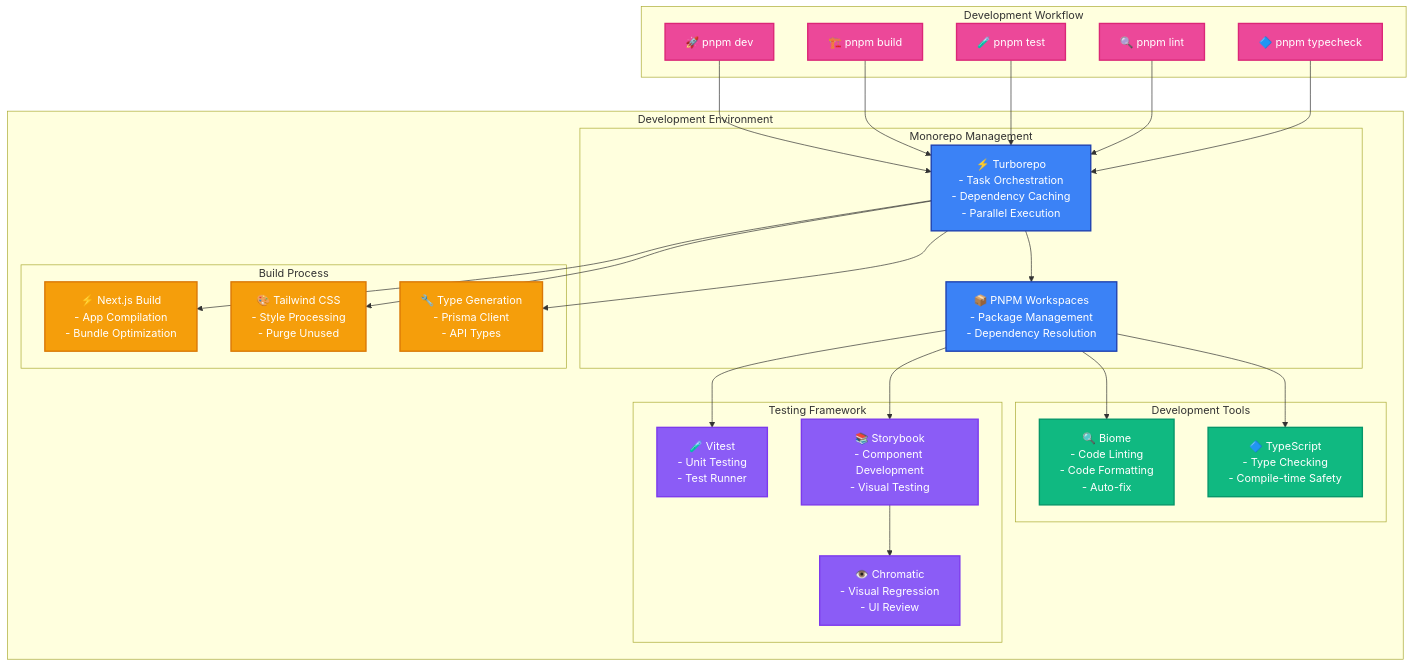
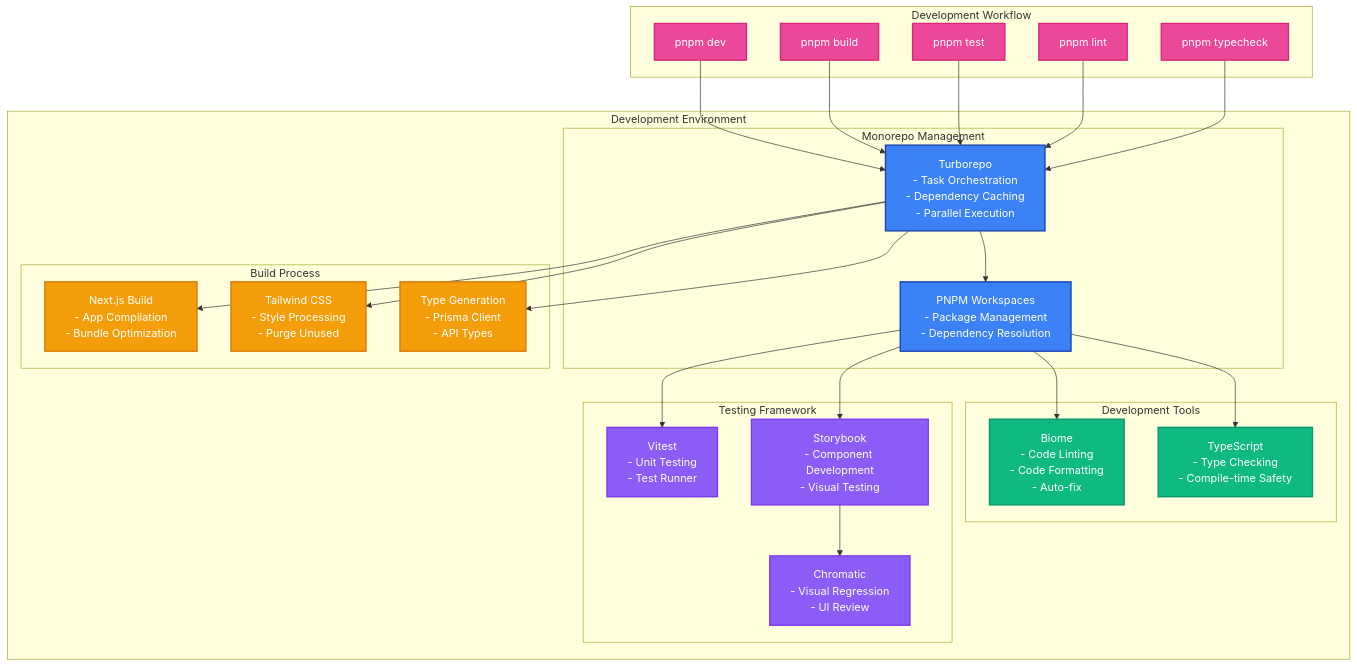
Before and after one commit to k2bg-technology/k2bg-branding: the second of 2 diagrams in README.md, drawn with Mermaid. The commit also changed other lines of this file, not shown here.

````diff
--- a/README.md
+++ b/README.md
@@ -371,64 +128,64 @@
 ```mermaid
 flowchart TB
     subgraph "Development Environment"
         subgraph "Monorepo Management"
-            Turborepo["⚡ Turborepo<br/>- Task Orchestration<br/>- Dependency Caching<br/>- Parallel Execution"]
-            PNPMWorkspaces["📦 PNPM Workspaces<br/>- Package Management<br/>- Dependency Resolution"]
+            Turborepo["Turborepo<br/>- Task Orchestration<br/>- Dependency Caching<br/>- Parallel Execution"]
+            PNPMWorkspaces["PNPM Workspaces<br/>- Package Management<br/>- Dependency Resolution"]
         end
 
         subgraph "Development Tools"
-            BiomeTool["🔍 Biome<br/>- Code Linting<br/>- Code Formatting<br/>- Auto-fix"]
-            TypeScriptTool["🔷 TypeScript<br/>- Type Checking<br/>- Compile-time Safety"]
+            BiomeTool["Biome<br/>- Code Linting<br/>- Code Formatting<br/>- Auto-fix"]
+            TypeScriptTool["TypeScript<br/>- Type Checking<br/>- Compile-time Safety"]
         end
 
         subgraph "Testing Framework"
-            VitestTool["🧪 Vitest<br/>- Unit Testing<br/>- Test Runner"]
-            StorybookTool["📚 Storybook<br/>- Component Development<br/>- Visual Testing"]
-            ChromaticTool["👁️ Chromatic<br/>- Visual Regression<br/>- UI Review"]
+            VitestTool["Vitest<br/>- Unit Testing<br/>- Test Runner"]
+            StorybookTool["Storybook<br/>- Component Development<br/>- Visual Testing"]
+            ChromaticTool["Chromatic<br/>- Visual Regression<br/>- UI Review"]
         end
 
         subgraph "Build Process"
-            NextJSBuild["⚡ Next.js Build<br/>- App Compilation<br/>- Bundle Optimization"]
-            TailwindBuild["🎨 Tailwind CSS<br/>- Style Processing<br/>- Purge Unused"]
-            TypeGeneration["🔧 Type Generation<br/>- Prisma Client<br/>- API Types"]
+            NextJSBuild["Next.js Build<br/>- App Compilation<br/>- Bundle Optimization"]
+            TailwindBuild["Tailwind CSS<br/>- Style Processing<br/>- Purge Unused"]
+            TypeGeneration["Type Generation<br/>- Prisma Client<br/>- API Types"]
         end
     end
 
     subgraph "Development Workflow"
-        DevStart["🚀 pnpm dev"]
-        BuildProcess["🏗️ pnpm build"]
-        TestSuite["🧪 pnpm test"]
-        LintCheck["🔍 pnpm lint"]
-        TypeCheck["🔷 pnpm typecheck"]
+        DevStart["pnpm dev"]
+        BuildProcess["pnpm build"]
+        TestSuite["pnpm test"]
+        LintCheck["pnpm lint"]
+        TypeCheck["pnpm typecheck"]
     end
 
     DevStart --> Turborepo
     BuildProcess --> Turborepo
     TestSuite --> Turborepo
     LintCheck --> Turborepo
     TypeCheck --> Turborepo
 
     Turborepo --> PNPMWorkspaces
     Turborepo --> NextJSBuild
     Turborepo --> TailwindBuild
     Turborepo --> TypeGeneration
 
     PNPMWorkspaces --> BiomeTool
     PNPMWorkspaces --> TypeScriptTool
     PNPMWorkspaces --> VitestTool
     PNPMWorkspaces --> StorybookTool
 
     StorybookTool --> ChromaticTool
 
     classDef monorepoStyle fill:#3B82F6,stroke:#1E40AF,stroke-width:2px,color:#fff
     classDef devToolStyle fill:#10B981,stroke:#059669,stroke-width:2px,color:#fff
     classDef testStyle fill:#8B5CF6,stroke:#7C3AED,stroke-width:2px,color:#fff
     classDef buildStyle fill:#F59E0B,stroke:#D97706,stroke-width:2px,color:#fff
     classDef workflowStyle fill:#EC4899,stroke:#DB2777,stroke-width:2px,color:#fff
 
     class Turborepo,PNPMWorkspaces monorepoStyle
     class BiomeTool,TypeScriptTool devToolStyle
     class VitestTool,StorybookTool,ChromaticTool testStyle
     class NextJSBuild,TailwindBuild,TypeGeneration buildStyle
     class DevStart,BuildProcess,TestSuite,LintCheck,TypeCheck workflowStyle
 ```
````
